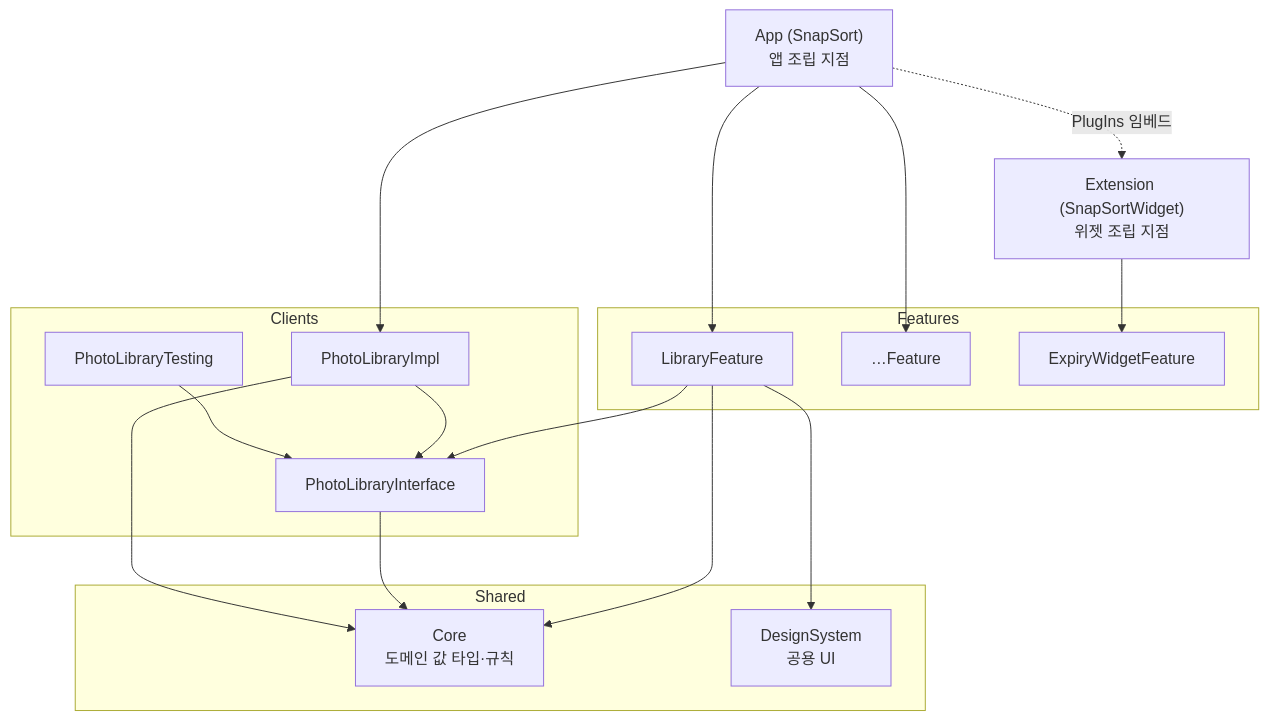
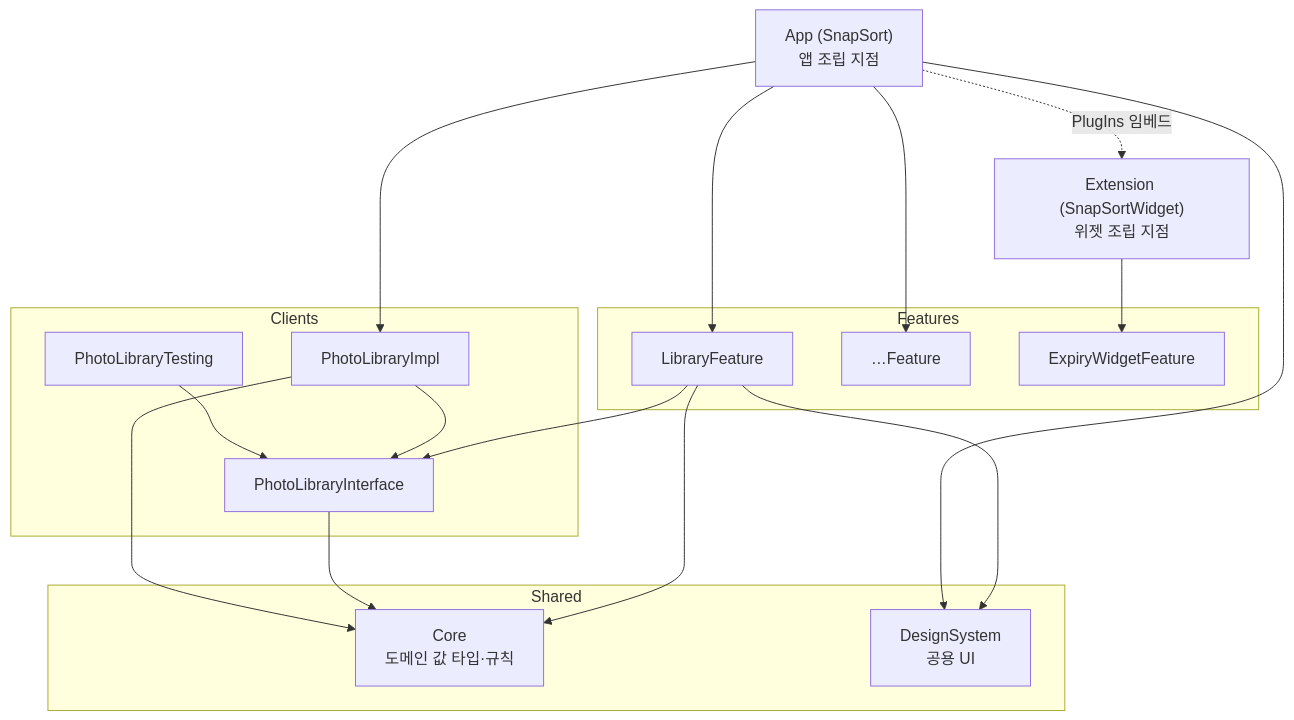
The second of 2 diagrams in docs/ARCHITECTURE.md (zopandagom/snapsort-ios), drawn with Mermaid before and after one commit. The commit also changed other lines of this file and 1 other file, not shown here.

````diff
--- a/docs/ARCHITECTURE.md
+++ b/docs/ARCHITECTURE.md
@@ -95,29 +95,30 @@
 ```mermaid
 flowchart TD
     App["App (SnapSort)<br/>앱 조립 지점"]
     Widget["Extension (SnapSortWidget)<br/>위젯 조립 지점"]
     subgraph Features
       Library["LibraryFeature"]
       Other["…Feature"]
       EW["ExpiryWidgetFeature"]
     end
     subgraph Clients
       PI["PhotoLibraryInterface"]
       PImpl["PhotoLibraryImpl"]
       PT["PhotoLibraryTesting"]
     end
     subgraph Shared
       Core["Core<br/>도메인 값 타입·규칙"]
       DS["DesignSystem<br/>공용 UI"]
     end
 
     App --> Library & Other
     App -. PlugIns 임베드 .-> Widget
     Widget --> EW
     App --> PImpl
     Library --> PI
     Library --> DS
+    App --> DS
     PImpl --> PI
     PT --> PI
     Library & PI & PImpl --> Core
 ```
````
